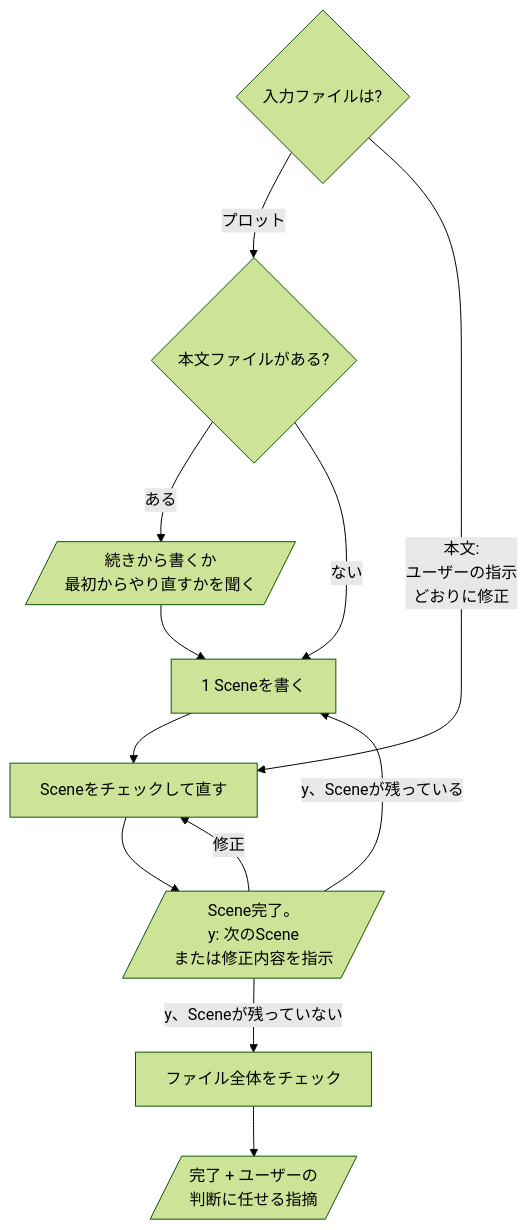
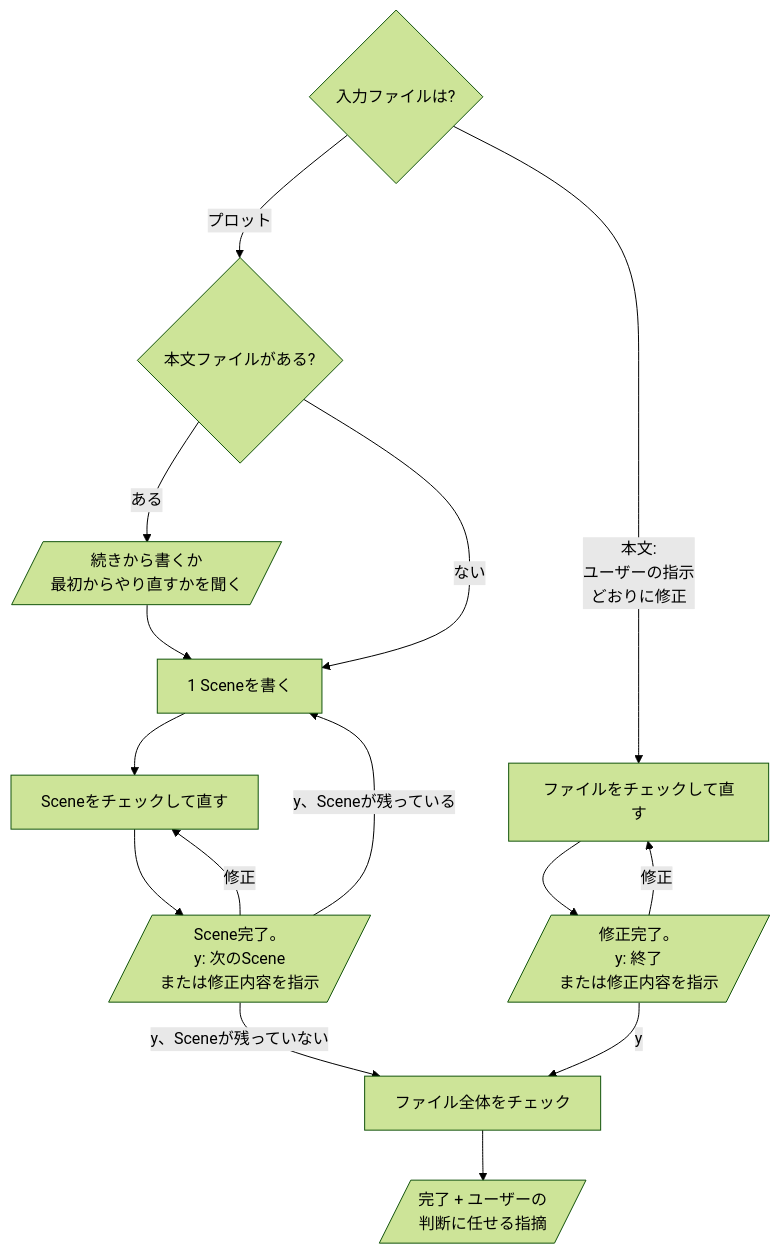
The diagram in domains/story/skills/write/README.ja.md (omni-stove/skill-kit), drawn with Mermaid (forest theme) before and after one commit. The commit also changed 11 other files, not shown here.

````diff
--- a/domains/story/skills/write/README.ja.md
+++ b/domains/story/skills/write/README.ja.md
@@ -3,15 +3,18 @@
 ```mermaid
 flowchart TD
   input{入力ファイルは?}
   input -- "プロット" --> exists{本文ファイルがある?}
   exists -- "ある" --> ask[/続きから書くか<br/>最初からやり直すかを聞く/]
   exists -- "ない" --> write
   ask --> write[1 Sceneを書く]
   write --> check[Sceneをチェックして直す]
   check --> reply[/"Scene完了。<br/>y: 次のScene<br/>または修正内容を指示"/]
   reply -- "y、Sceneが残っている" --> write
   reply -- "y、Sceneが残っていない" --> final[ファイル全体をチェック]
   final --> done[/"完了 + ユーザーの<br/>判断に任せる指摘"/]
   reply -- "修正" --> check
-  input -- "本文:<br/>ユーザーの指示<br/>どおりに修正" --> check
+  input -- "本文:<br/>ユーザーの指示<br/>どおりに修正" --> rcheck[ファイルをチェックして直す]
+  rcheck --> rreply[/"修正完了。<br/>y: 終了<br/>または修正内容を指示"/]
+  rreply -- "y" --> final
+  rreply -- "修正" --> rcheck
 ```
````
